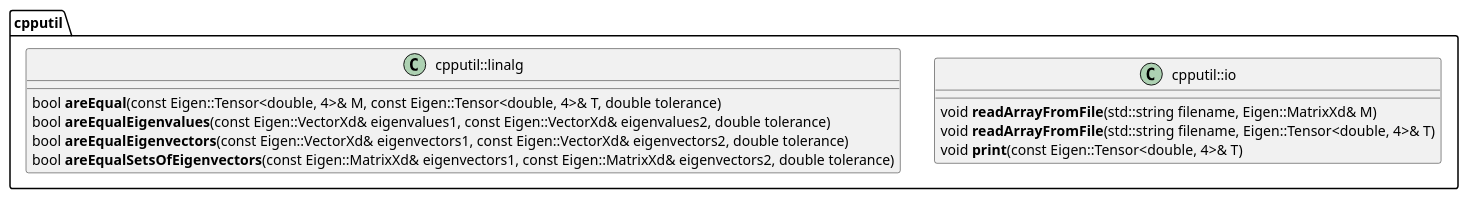
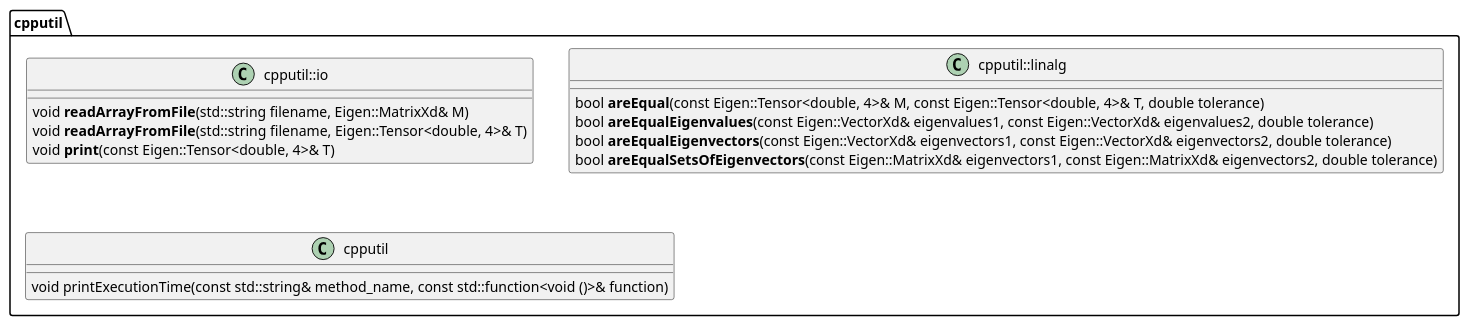
Before and after one commit to matt-chan/cpputil: the diagram in docs/cpputil.puml, drawn with PlantUML. The commit also changed 4 other files, not shown here.

Commit message:
Add printExecutionTime.

```diff
--- a/docs/cpputil.puml
+++ b/docs/cpputil.puml
@@ -1,21 +1,25 @@
 @startuml
 
 
 namespace cpputil {
 
     class cpputil::io {
         void **readArrayFromFile**(std::string filename, Eigen::MatrixXd& M)
         void **readArrayFromFile**(std::string filename, Eigen::Tensor<double, 4>& T)
         void **print**(const Eigen::Tensor<double, 4>& T)
     }
 
     class cpputil::linalg {
         bool **areEqual**(const Eigen::Tensor<double, 4>& M, const Eigen::Tensor<double, 4>& T, double tolerance)
         bool **areEqualEigenvalues**(const Eigen::VectorXd& eigenvalues1, const Eigen::VectorXd& eigenvalues2, double tolerance)
         bool **areEqualEigenvectors**(const Eigen::VectorXd& eigenvectors1, const Eigen::VectorXd& eigenvectors2, double tolerance)
         bool **areEqualSetsOfEigenvectors**(const Eigen::MatrixXd& eigenvectors1, const Eigen::MatrixXd& eigenvectors2, double tolerance)
     }
 
+    class cpputil {
+        void printExecutionTime(const std::string& method_name, const std::function<void ()>& function)
+    }
+
 }
 
 @enduml
```
